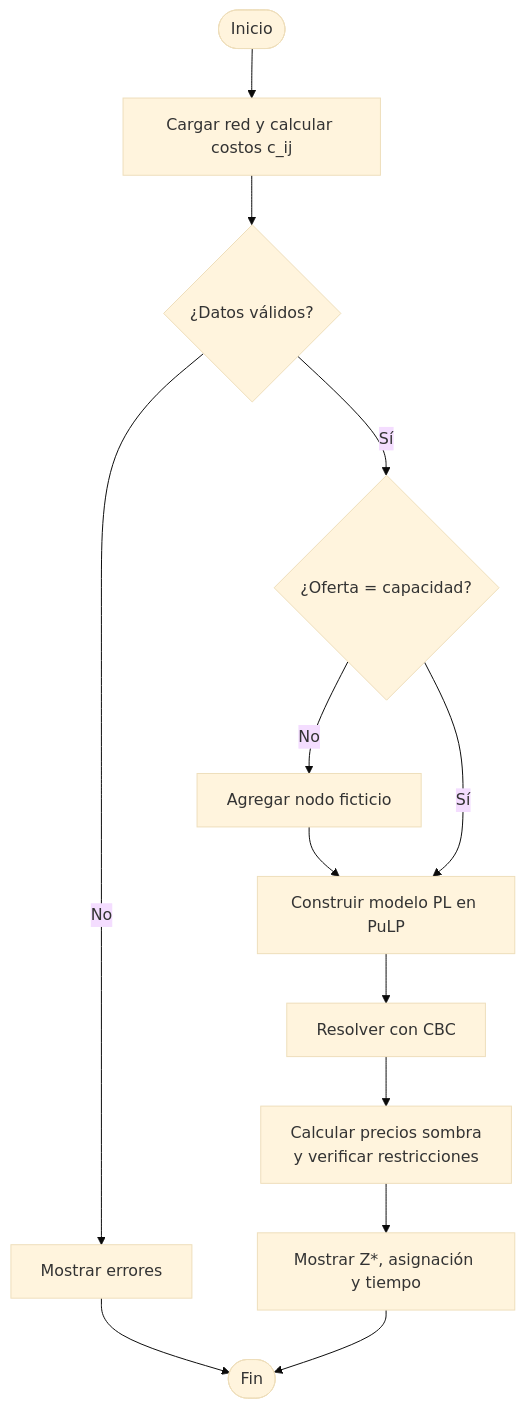
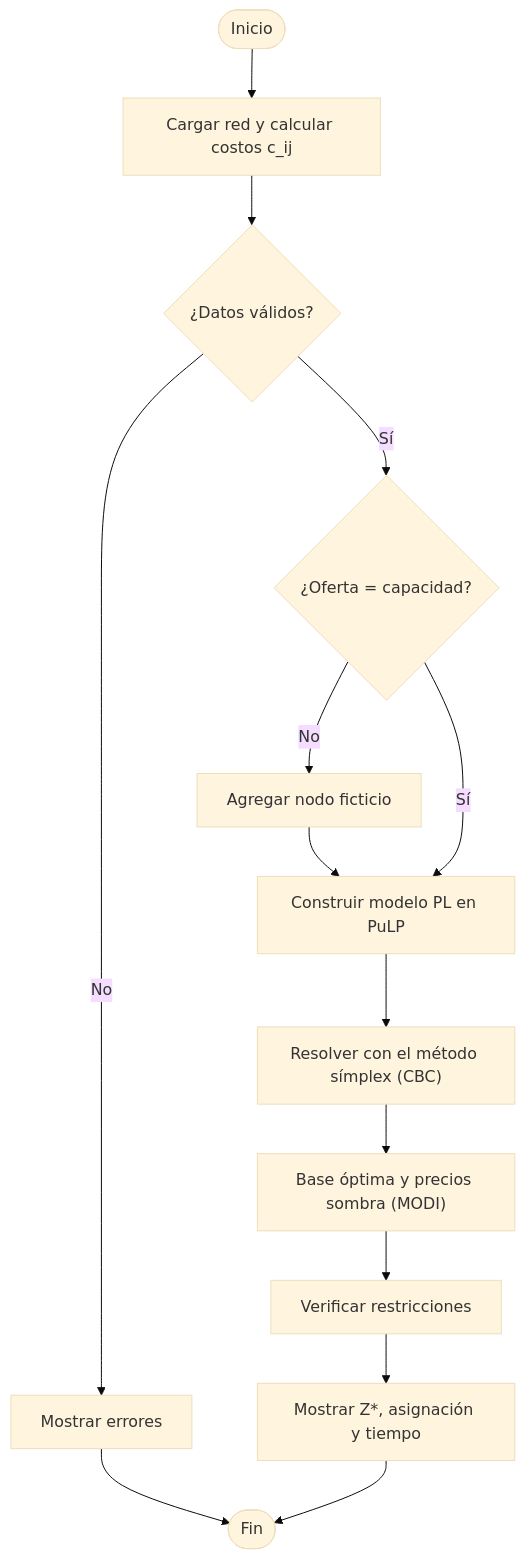
One commit to LuciaVega-L/Optimizacion-Red-Logistica-Recepcion-y-Procesamiento-Residuos-Agropecuarios changed the diagram in README.md. Above: the diagram before and after it, drawn with Mermaid (base theme). The commit also changed other lines of this file and 87 other files, not shown here.

````diff
--- a/README.md
+++ b/README.md
@@ -195,12 +204,13 @@
 ```mermaid
 flowchart TD
     A(["Inicio"]) --> B["Cargar red y calcular costos c_ij"]
     B --> C{"¿Datos válidos?"}
     C -- "No" --> C1["Mostrar errores"] --> Z(["Fin"])
     C -- "Sí" --> D{"¿Oferta = capacidad?"}
     D -- "No" --> D1["Agregar nodo ficticio"] --> E
     D -- "Sí" --> E["Construir modelo PL en PuLP"]
-    E --> F["Resolver con CBC"]
-    F --> G["Calcular precios sombra<br/>y verificar restricciones"]
-    G --> H["Mostrar Z*, asignación y tiempo"] --> Z
+    E --> F["Resolver con el método símplex (CBC)"]
+    F --> G["Base óptima y precios sombra (MODI)"]
+    G --> H["Verificar restricciones"]
+    H --> I["Mostrar Z*, asignación y tiempo"] --> Z
 ```
````
